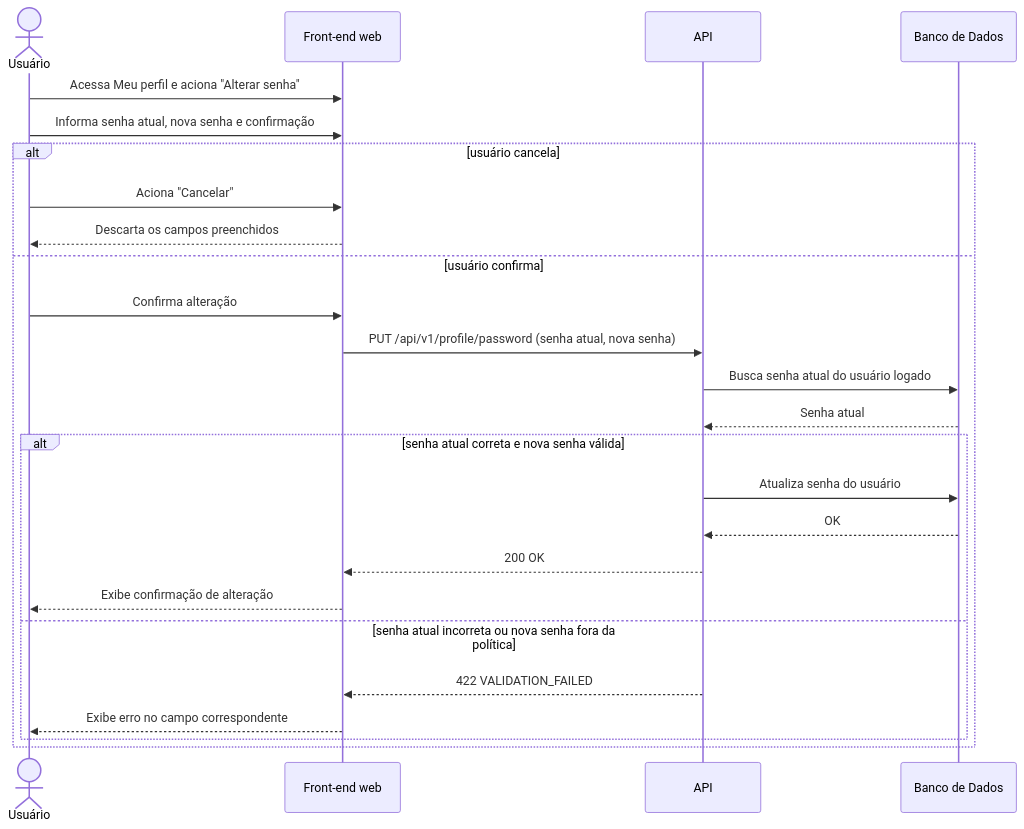
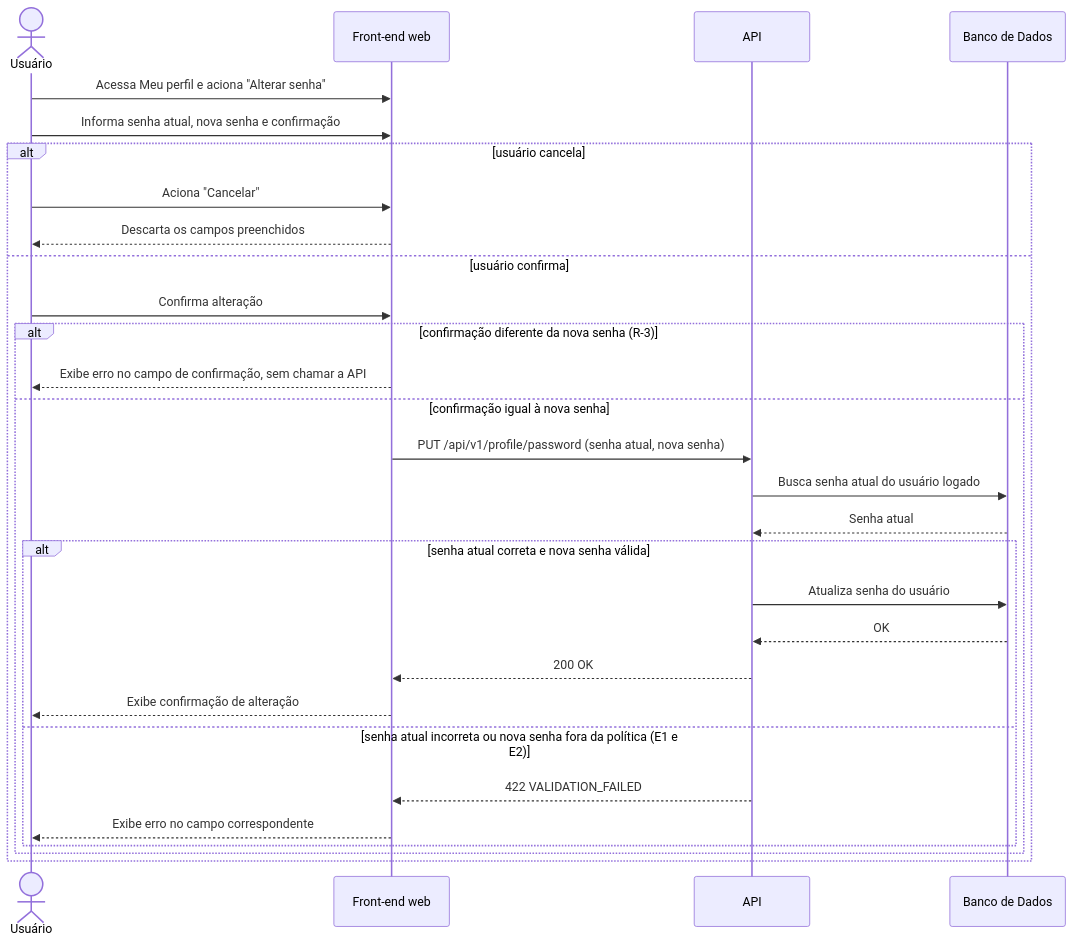
Before and after one commit to Plataforma-de-Cursos-TCC/plataforma-cursos-docs: the diagram in docs/ssd/UC017-alterar-senha.md, drawn with Mermaid. The commit also changed other lines of this file and 17 other files, not shown here.

````diff
--- a/docs/ssd/UC017-alterar-senha.md
+++ b/docs/ssd/UC017-alterar-senha.md
@@ -5,28 +5,32 @@
 ```mermaid
 sequenceDiagram
     actor Usuário
     participant FE as Front-end web
     participant API
     participant DB as Banco de Dados
 
     Usuário->>FE: Acessa Meu perfil e aciona "Alterar senha"
     Usuário->>FE: Informa senha atual, nova senha e confirmação
     alt usuário cancela
         Usuário->>FE: Aciona "Cancelar"
         FE-->>Usuário: Descarta os campos preenchidos
     else usuário confirma
         Usuário->>FE: Confirma alteração
-        FE->>API: PUT /api/v1/profile/password (senha atual, nova senha)
-        API->>DB: Busca senha atual do usuário logado
-        DB-->>API: Senha atual
-        alt senha atual correta e nova senha válida
-            API->>DB: Atualiza senha do usuário
-            DB-->>API: OK
-            API-->>FE: 200 OK
-            FE-->>Usuário: Exibe confirmação de alteração
-        else senha atual incorreta ou nova senha fora da política
-            API-->>FE: 422 VALIDATION_FAILED
-            FE-->>Usuário: Exibe erro no campo correspondente
+        alt confirmação diferente da nova senha (R-3)
+            FE-->>Usuário: Exibe erro no campo de confirmação, sem chamar a API
+        else confirmação igual à nova senha
+            FE->>API: PUT /api/v1/profile/password (senha atual, nova senha)
+            API->>DB: Busca senha atual do usuário logado
+            DB-->>API: Senha atual
+            alt senha atual correta e nova senha válida
+                API->>DB: Atualiza senha do usuário
+                DB-->>API: OK
+                API-->>FE: 200 OK
+                FE-->>Usuário: Exibe confirmação de alteração
+            else senha atual incorreta ou nova senha fora da política (E1 e E2)
+                API-->>FE: 422 VALIDATION_FAILED
+                FE-->>Usuário: Exibe erro no campo correspondente
+            end
         end
     end
 ```
````
